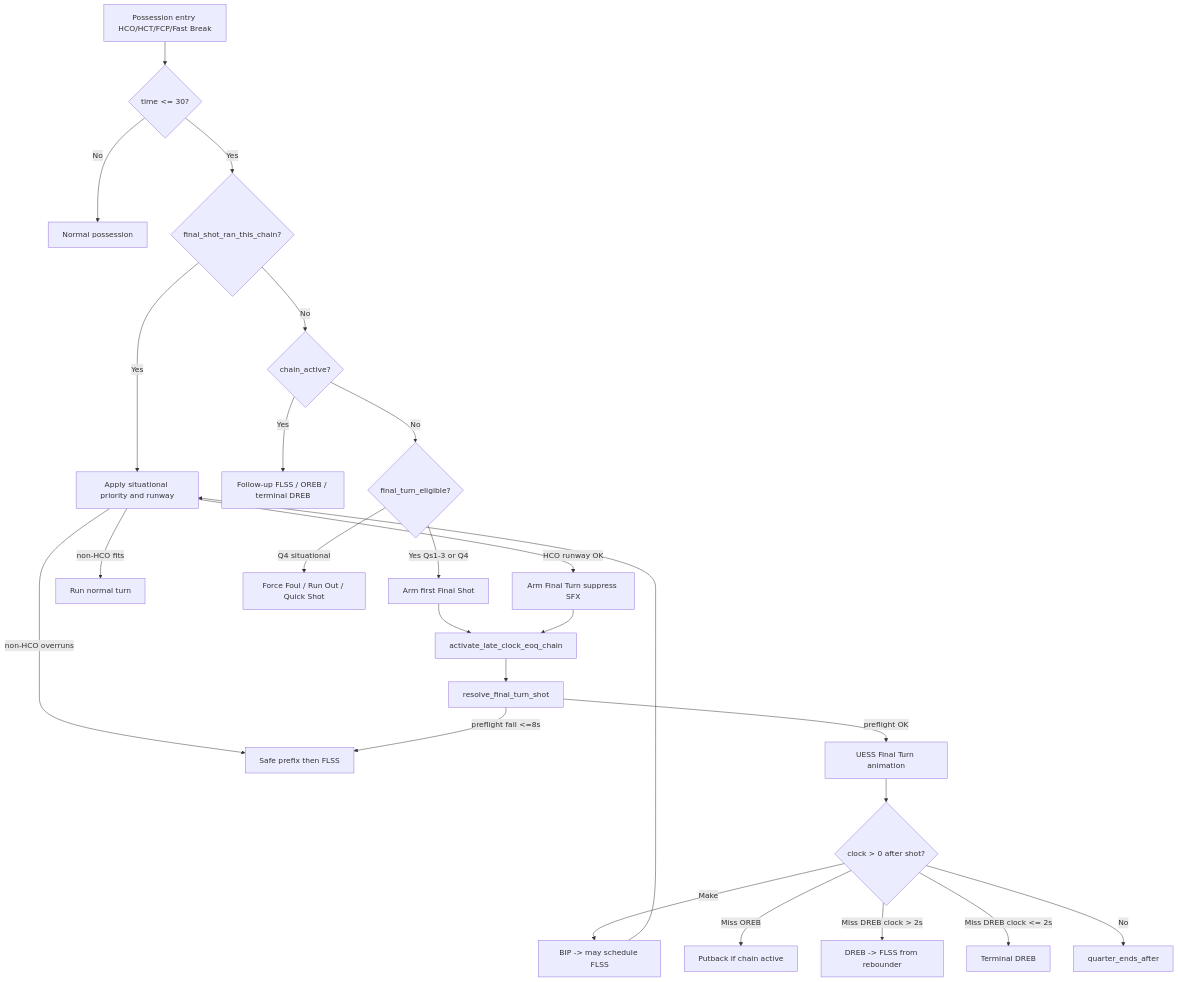
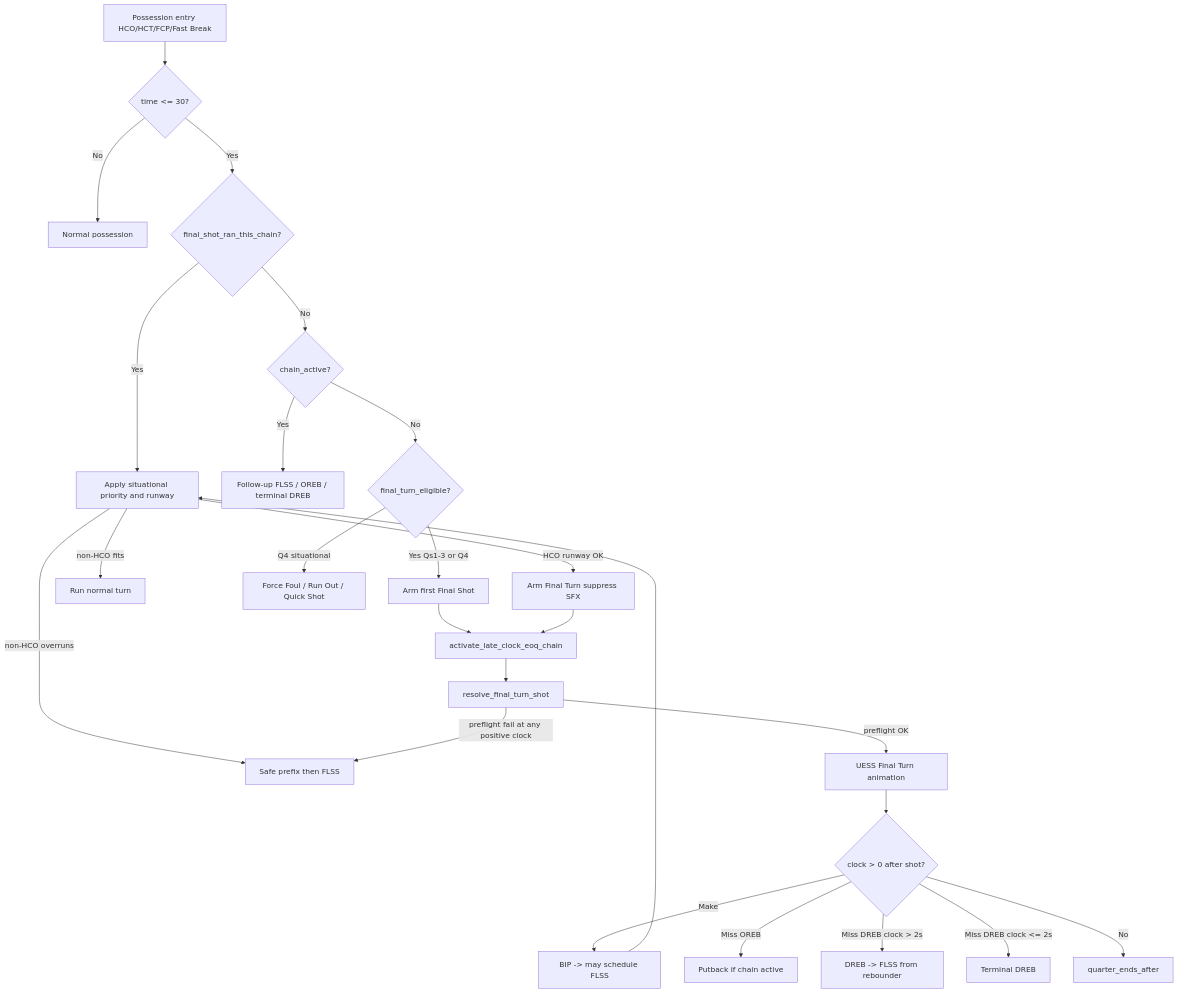
The diagram in _documentation_master/06_Gameplay_Systems/EOQ_System.md (guyfromajax/gob-simplified), drawn with Mermaid before and after one commit. The commit also changed other lines of this file and 76 other files, not shown here.

````diff
--- a/_documentation_master/06_Gameplay_Systems/EOQ_System.md
+++ b/_documentation_master/06_Gameplay_Systems/EOQ_System.md
@@ -104,27 +103,27 @@
 ```mermaid
 flowchart TD
     A[Possession entry HCO/HCT/FCP/Fast Break] --> B{time <= 30?}
     B -->|No| Z[Normal possession]
     B -->|Yes| C{final_shot_ran_this_chain?}
     C -->|Yes| R[Apply situational priority and runway]
     R -->|HCO runway OK| G2[Arm Final Turn suppress SFX]
     R -->|non-HCO fits| Z2[Run normal turn]
     R -->|non-HCO overruns| L[Safe prefix then FLSS]
     C -->|No| D{chain_active?}
     D -->|Yes| E[Follow-up FLSS / OREB / terminal DREB]
     D -->|No| F{final_turn_eligible?}
     F -->|Q4 situational| H[Force Foul / Run Out / Quick Shot]
     F -->|Yes Qs1-3 or Q4| G[Arm first Final Shot]
     G --> I[activate_late_clock_eoq_chain]
     G2 --> I
     I --> J[resolve_final_turn_shot]
     J -->|preflight OK| K[UESS Final Turn animation]
-    J -->|preflight fail <=8s| L
+    J -->|preflight fail at any positive clock| L
     K --> M{clock > 0 after shot?}
     M -->|Make| N[BIP -> may schedule FLSS]
     M -->|Miss OREB| O[Putback if chain active]
     M -->|Miss DREB clock > 2s| P2[DREB -> FLSS from rebounder]
     M -->|Miss DREB clock <= 2s| P[Terminal DREB]
     M -->|No| Q[quarter_ends_after]
     N --> R
 ```
````
